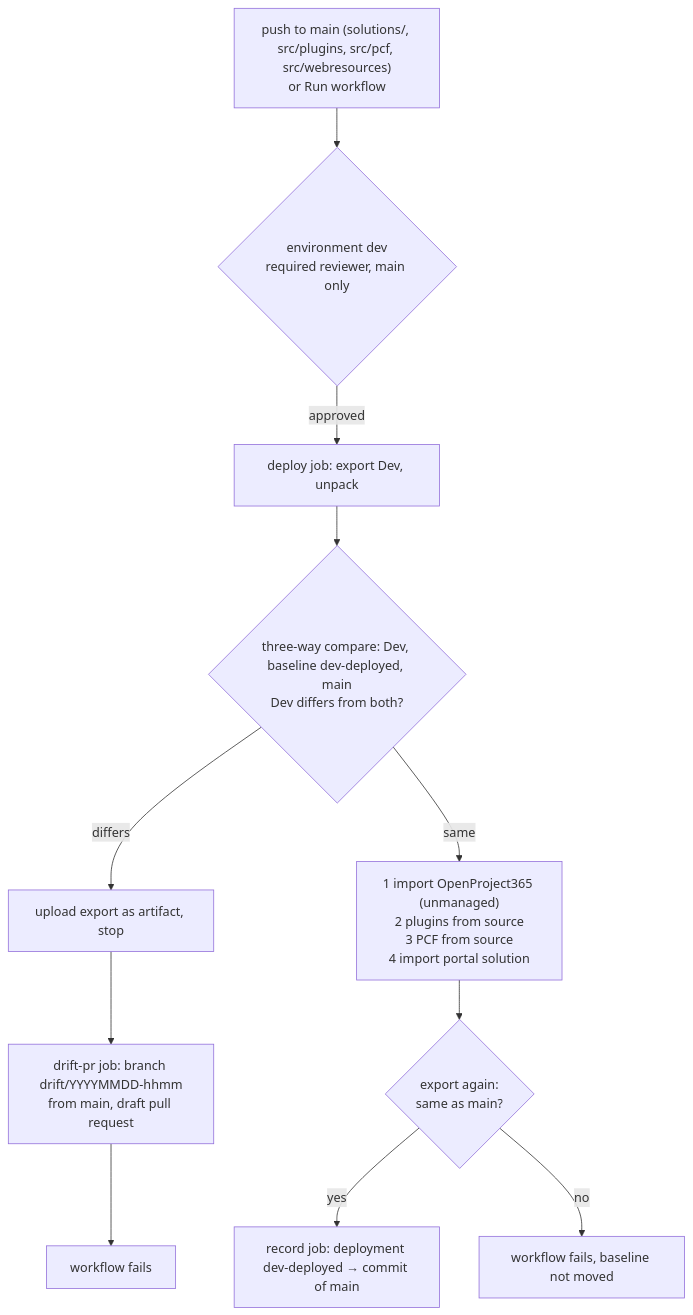
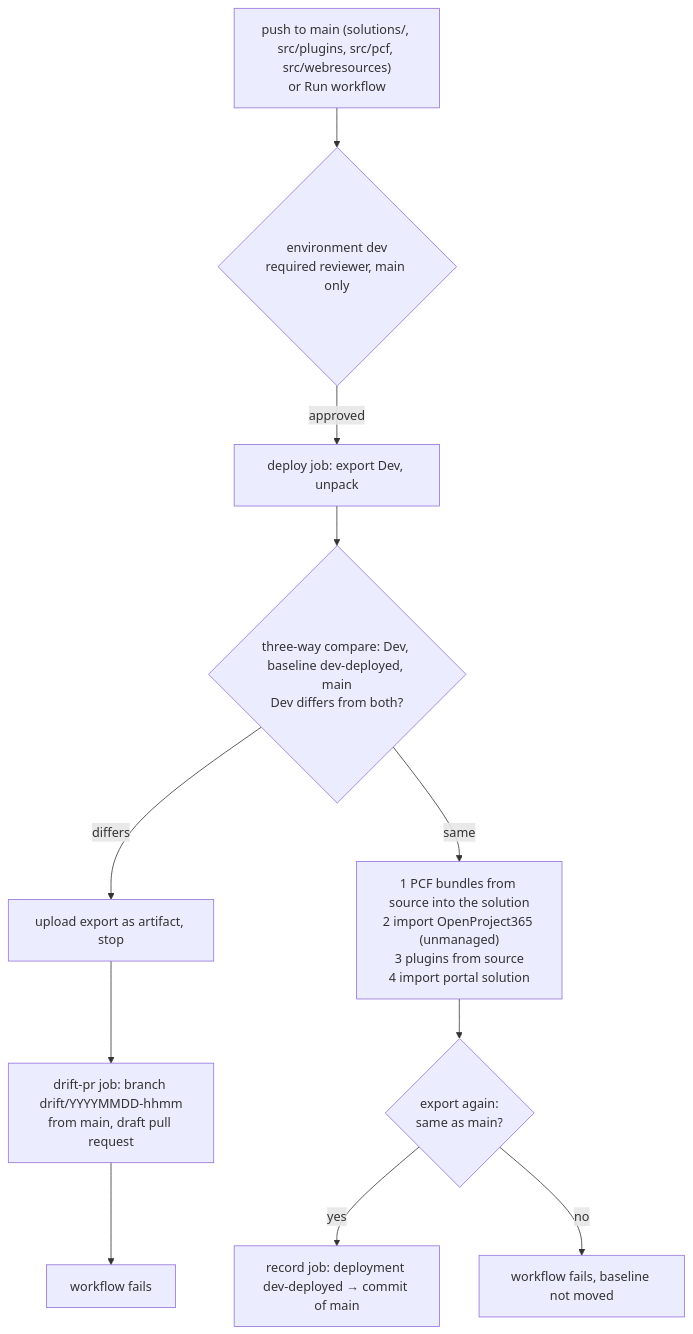
The diagram in docs/adr/0002-deploy-dev.md (Power-Builders-Italia/ProjectIQ), drawn with Mermaid before and after one commit. The commit also changed other lines of this file and 5 other files, not shown here.

First line of the commit message:
deploy-dev: install the PCF bundles with the solution import (#59)

````diff
--- a/docs/adr/0002-deploy-dev.md
+++ b/docs/adr/0002-deploy-dev.md
@@ -19,13 +19,13 @@
 ```mermaid
 flowchart TB
     T["push to main (solutions/, src/plugins, src/pcf, src/webresources)<br/>or Run workflow"] --> A{"environment dev<br/>required reviewer, main only"}
     A -->|approved| E["deploy job: export Dev, unpack"]
     E --> C{"three-way compare: Dev, baseline dev-deployed, main<br/>Dev differs from both?"}
     C -->|differs| S["upload export as artifact, stop"]
     S --> P["drift-pr job: branch drift/YYYYMMDD-hhmm<br/>from main, draft pull request"]
     P --> X["workflow fails"]
-    C -->|same| I["1 import OpenProject365 (unmanaged)<br/>2 plugins from source<br/>3 PCF from source<br/>4 import portal solution"]
+    C -->|same| I["1 PCF bundles from source into the solution<br/>2 import OpenProject365 (unmanaged)<br/>3 plugins from source<br/>4 import portal solution"]
     I --> V{"export again:<br/>same as main?"}
     V -->|yes| G["record job: deployment dev-deployed → commit of main"]
     V -->|no| F["workflow fails, baseline not moved"]
 ```
````
